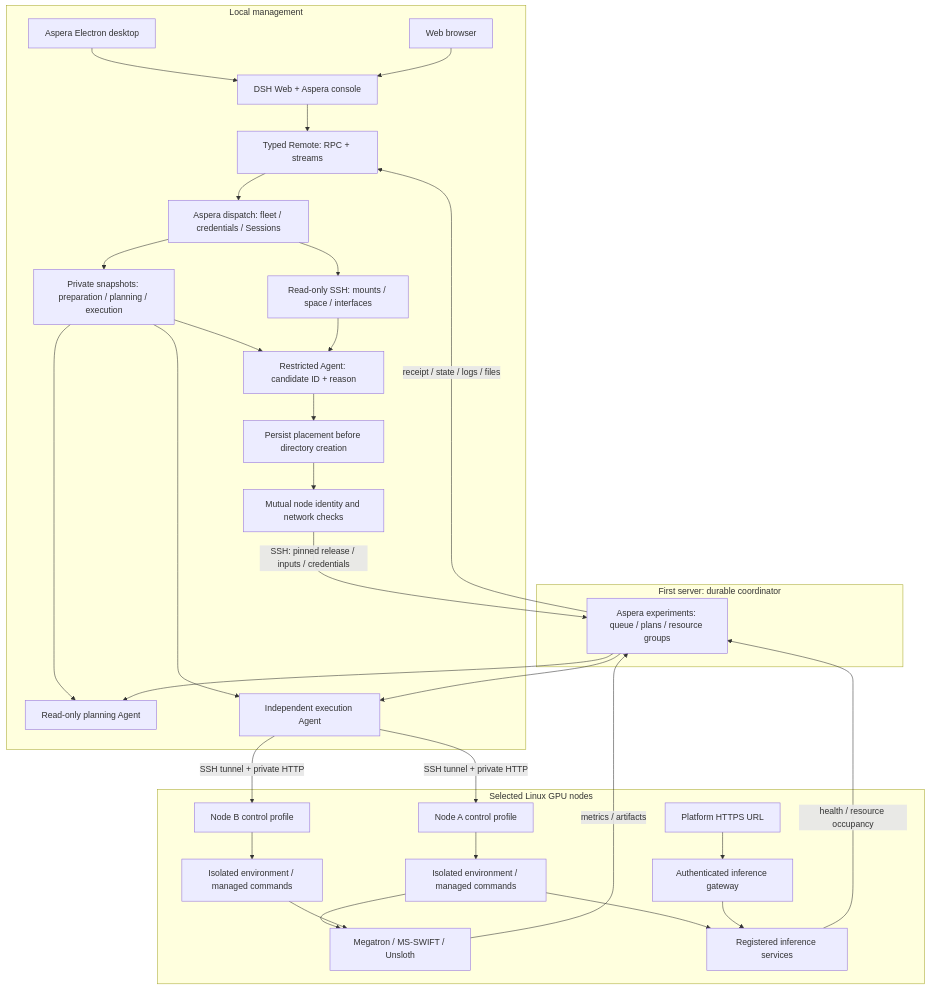
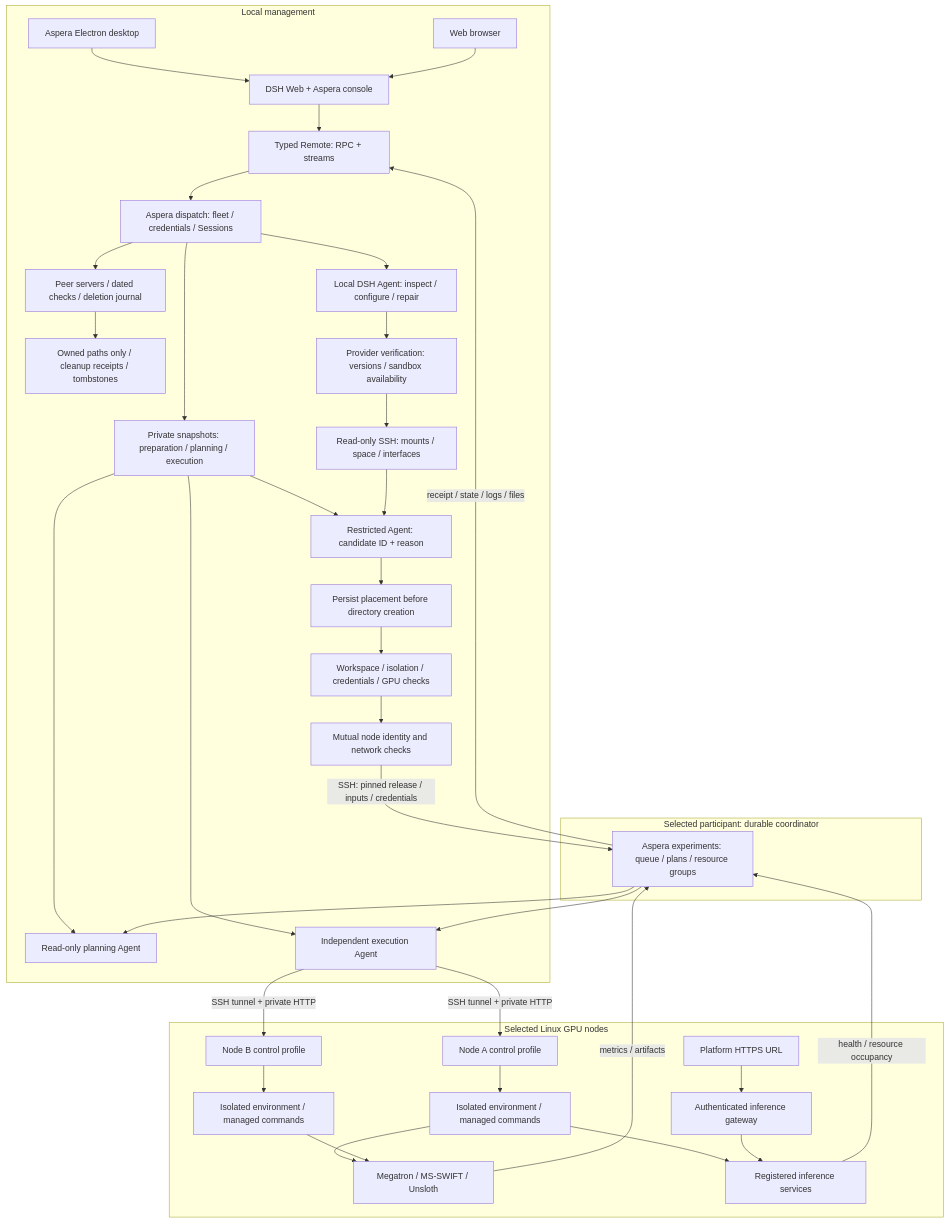
The first of 2 diagrams in extensions/aspera/docs/architecture.md (m4an5you6/aspera-agent), drawn with Mermaid before and after one commit. The commit also changed other lines of this file and 108 other files, not shown here.

````diff
--- a/extensions/aspera/docs/architecture.md
+++ b/extensions/aspera/docs/architecture.md
@@ -40,39 +40,44 @@
 ```mermaid
 flowchart TB
   subgraph Local[Local management]
     Desktop[Aspera Electron desktop] --> Page[DSH Web + Aspera console]
     Browser[Web browser] --> Page
     Page --> Remote[Typed Remote: RPC + streams]
     Remote --> Fleet[Aspera dispatch: fleet / credentials / Sessions]
+    Fleet --> Management[Peer servers / dated checks / deletion journal]
+    Management --> Cleanup[Owned paths only / cleanup receipts / tombstones]
     Fleet --> Models[Private snapshots: preparation / planning / execution]
     Models --> Selection
     Models --> Planner
     Models --> Executor
-    Fleet --> Inventory[Read-only SSH: mounts / space / interfaces]
+    Fleet --> Preparation[Local DSH Agent: inspect / configure / repair]
+    Preparation --> Checks[Provider verification: versions / sandbox availability]
+    Checks --> Inventory[Read-only SSH: mounts / space / interfaces]
     Inventory --> Selection[Restricted Agent: candidate ID + reason]
     Selection --> Placement[Persist placement before directory creation]
-    Placement --> Network[Mutual node identity and network checks]
+    Placement --> Acceptance[Workspace / isolation / credentials / GPU checks]
+    Acceptance --> Network[Mutual node identity and network checks]
   end
-  subgraph Coordinator[First server: durable coordinator]
+  subgraph Coordinator[Selected participant: durable coordinator]
     Queue[Aspera experiments: queue / plans / resource groups]
     Planner[Read-only planning Agent]
     Executor[Independent execution Agent]
     Queue --> Planner
     Queue --> Executor
   end
   Network -- SSH: pinned release / inputs / credentials --> Queue
   Queue -- receipt / state / logs / files --> Remote
   subgraph Nodes[Selected Linux GPU nodes]
     NodeA[Node A control profile] --> RunA[Isolated environment / managed commands]
     NodeB[Node B control profile] --> RunB[Isolated environment / managed commands]
     RunA --> Frameworks[Megatron / MS-SWIFT / Unsloth]
     RunB --> Frameworks
     RunA --> Service[Registered inference services]
     External[Platform HTTPS URL] --> Gateway[Authenticated inference gateway]
     Gateway --> Service
   end
   Executor -- SSH tunnel + private HTTP --> NodeA
   Executor -- SSH tunnel + private HTTP --> NodeB
   Frameworks -- metrics / artifacts --> Queue
   Service -- health / resource occupancy --> Queue
 ```
````
